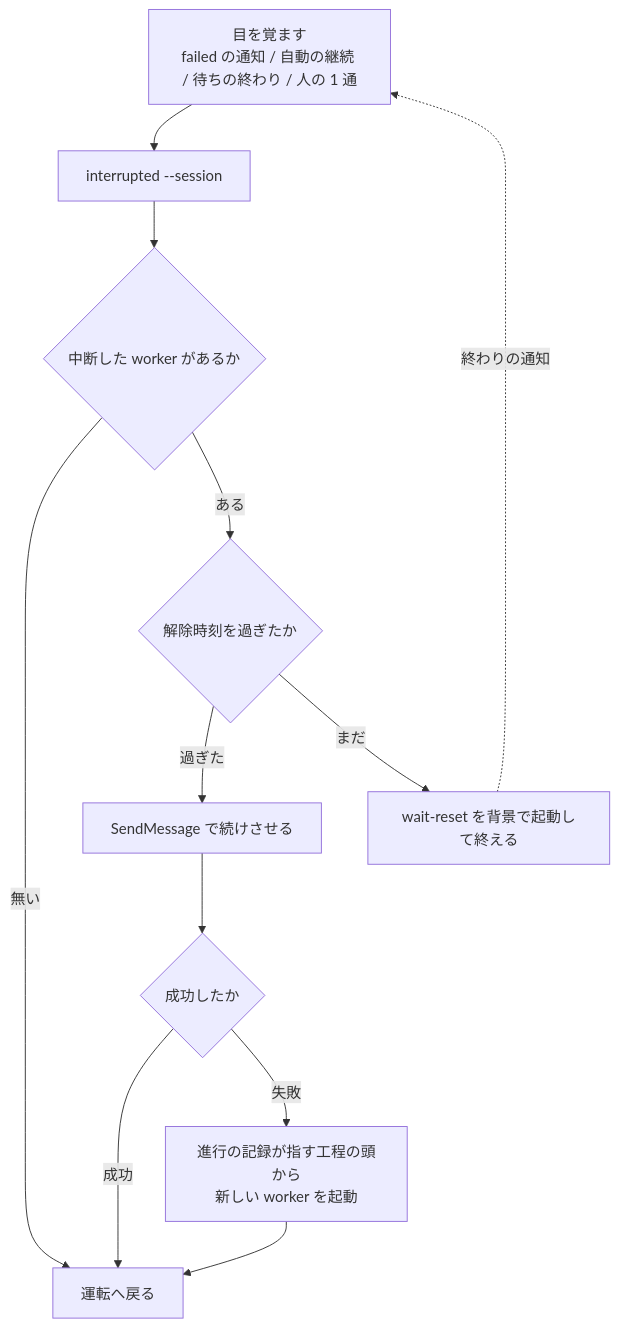
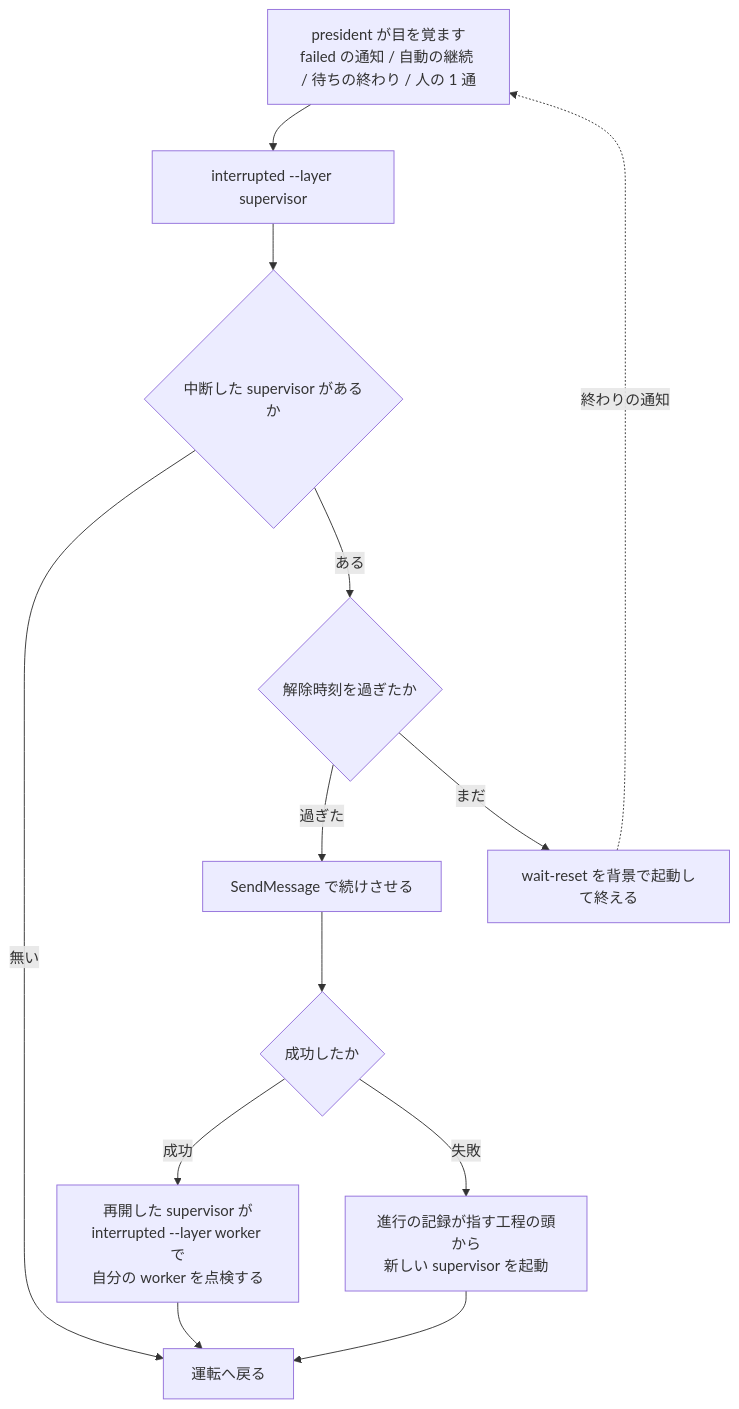
The sixth of 6 diagrams in issues/issue-550-657-design.md (devbasex/ai-plugins), drawn with Mermaid before and after one commit. The commit also changed other lines of this file and 2 other files, not shown here.

First line of the commit message:
Docs: 3 層（president / supervisor / worker）で設計し直す（#550 #657）

````diff
--- a/issues/issue-550-657-design.md
+++ b/issues/issue-550-657-design.md
@@ -361,14 +421,15 @@
 ```mermaid
 flowchart TD
-    A[目を覚ます<br/>failed の通知 / 自動の継続 / 待ちの終わり / 人の 1 通] --> B[interrupted --session]
-    B --> C{中断した worker があるか}
+    A[president が目を覚ます<br/>failed の通知 / 自動の継続 / 待ちの終わり / 人の 1 通] --> B[interrupted --layer supervisor]
+    B --> C{中断した supervisor があるか}
     C -->|無い| Z[運転へ戻る]
     C -->|ある| D{解除時刻を過ぎたか}
     D -->|過ぎた| E[SendMessage で続けさせる]
     D -->|まだ| F[wait-reset を背景で起動して終える]
     E --> G{成功したか}
-    G -->|成功| Z
-    G -->|失敗| H[進行の記録が指す工程の頭から<br/>新しい worker を起動]
+    G -->|成功| H[再開した supervisor が<br/>interrupted --layer worker で<br/>自分の worker を点検する]
+    G -->|失敗| I[進行の記録が指す工程の頭から<br/>新しい supervisor を起動]
     H --> Z
+    I --> Z
     F -.終わりの通知.-> A
 ```
````
